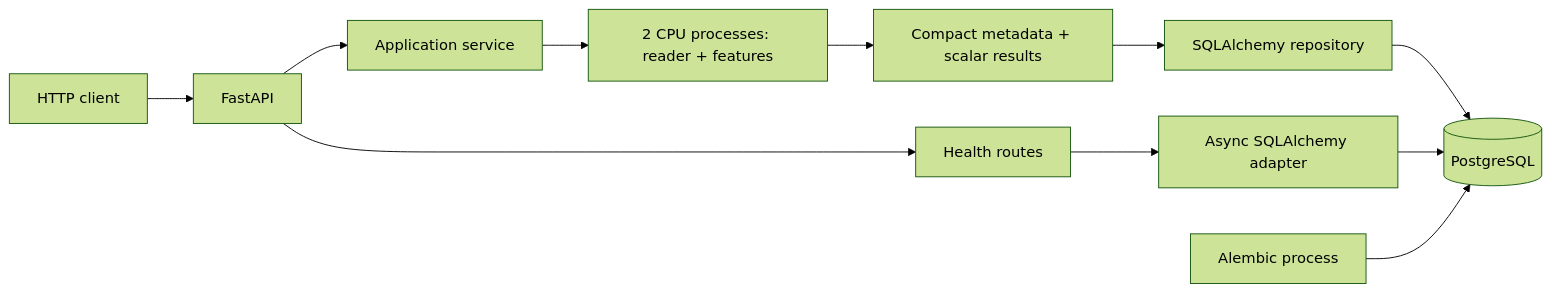
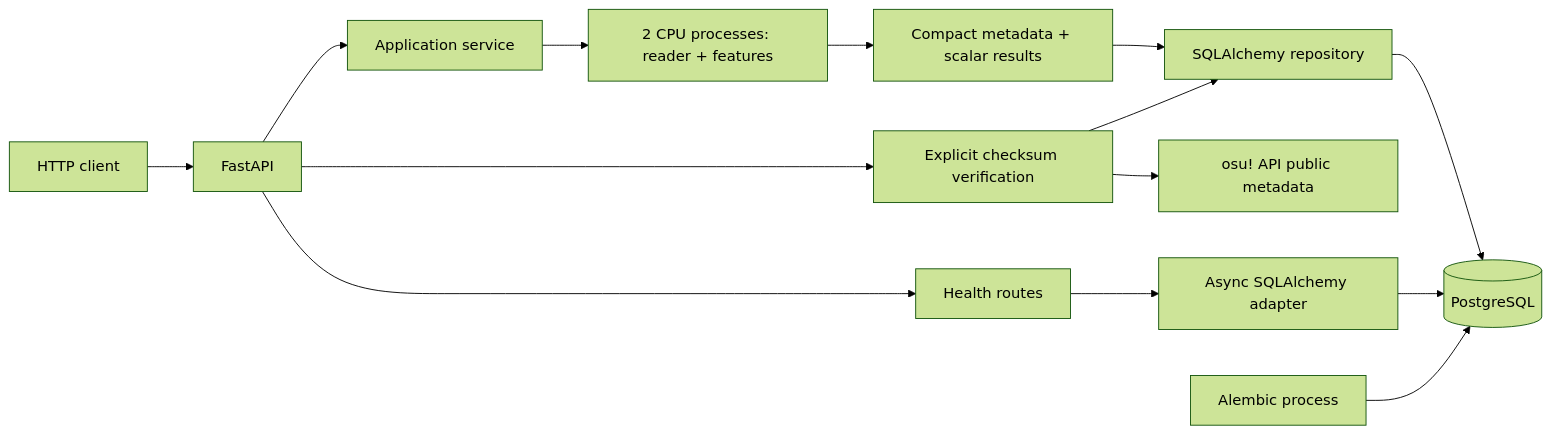
The diagram in docs/architecture/overview.md (ReeStick/osu-Skill-Lab), drawn with Mermaid (forest theme) before and after one commit. The commit also changed other lines of this file and 38 other files, not shown here.

Commit message:
feat: verify uploaded beatmaps against osu API metadata

````diff
--- a/docs/architecture/overview.md
+++ b/docs/architecture/overview.md
@@ -21,13 +21,16 @@
 ```mermaid
 flowchart LR
     Client[HTTP client] --> API[FastAPI]
     API --> Service[Application service]
     Service --> CPU[2 CPU processes: reader + features]
     CPU --> Compact[Compact metadata + scalar results]
     Compact --> Repository[SQLAlchemy repository]
     Repository --> PG[(PostgreSQL)]
     API --> Health[Health routes]
+    API --> Verify[Explicit checksum verification]
+    Verify --> Osu[osu! API public metadata]
+    Verify --> Repository
     Health --> DBAdapter[Async SQLAlchemy adapter]
     DBAdapter --> PG
     Migration[Alembic process] --> PG
 ```
````
